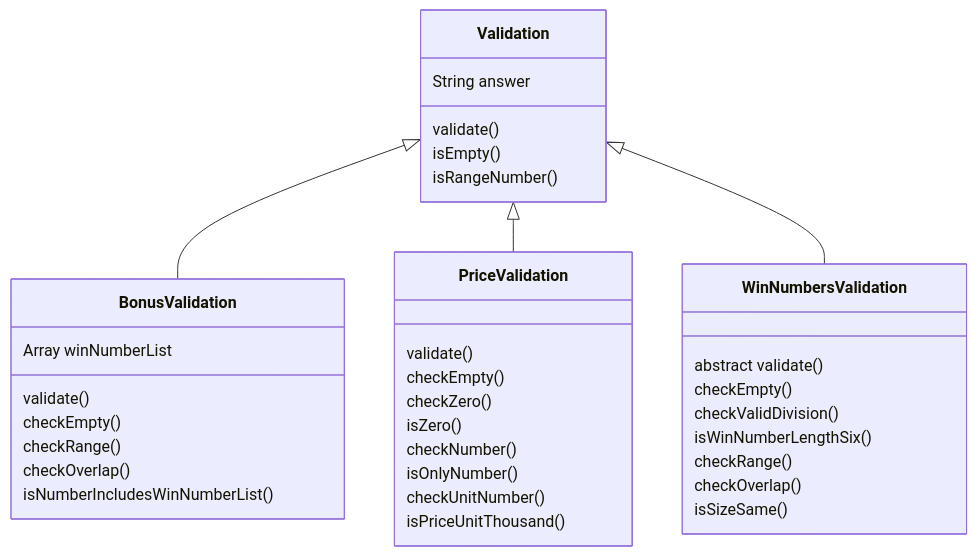
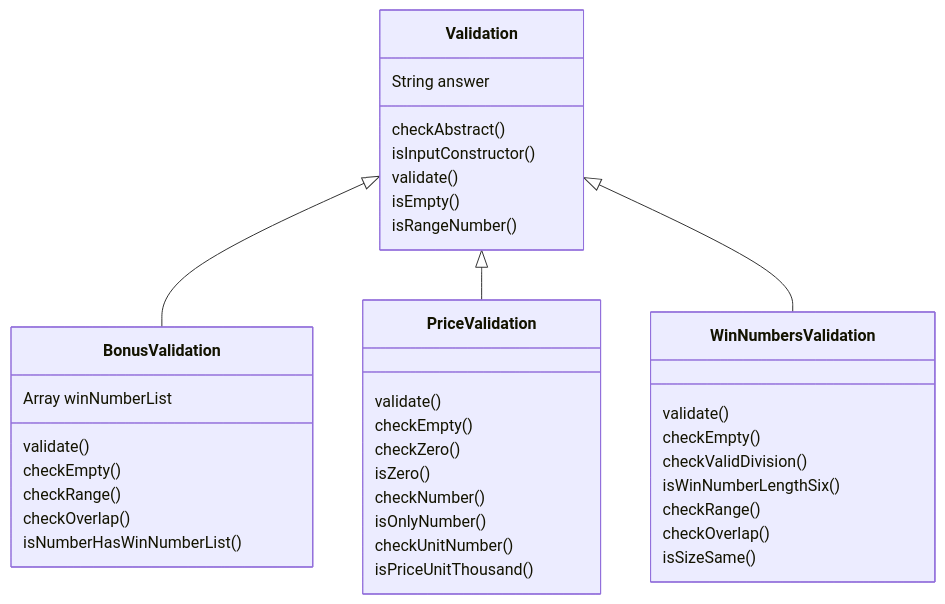
One commit to woowacourse-precourse/javascript-lotto changed the second of 3 diagrams in docs/README.md. Above: the diagram before and after it, drawn with Mermaid.

Commit message:
docs : class 메소드 이름 변경

````diff
--- a/docs/README.md
+++ b/docs/README.md
@@ -112,43 +112,45 @@
 ```mermaid
 classDiagram
     Validation <|-- BonusValidation
     Validation <|-- PriceValidation
     Validation <|-- WinNumbersValidation
 
     class Validation{
         String answer
+        checkAbstract()
+        isInputConstructor()
         validate()
         isEmpty()
         isRangeNumber()
     }
 
     class BonusValidation{
         Array winNumberList
         validate()
         checkEmpty()
         checkRange()
         checkOverlap()
-        isNumberIncludesWinNumberList()
+        isNumberHasWinNumberList()
     }
 
     class PriceValidation{
         validate()
         checkEmpty()
         checkZero()
         isZero()
         checkNumber()
         isOnlyNumber()
         checkUnitNumber()
         isPriceUnitThousand()
     }
 
     class WinNumbersValidation{
-        abstract validate()
+        validate()
         checkEmpty()
         checkValidDivision()
         isWinNumberLengthSix()
         checkRange()
         checkOverlap()
         isSizeSame()
     }
 ```
````
